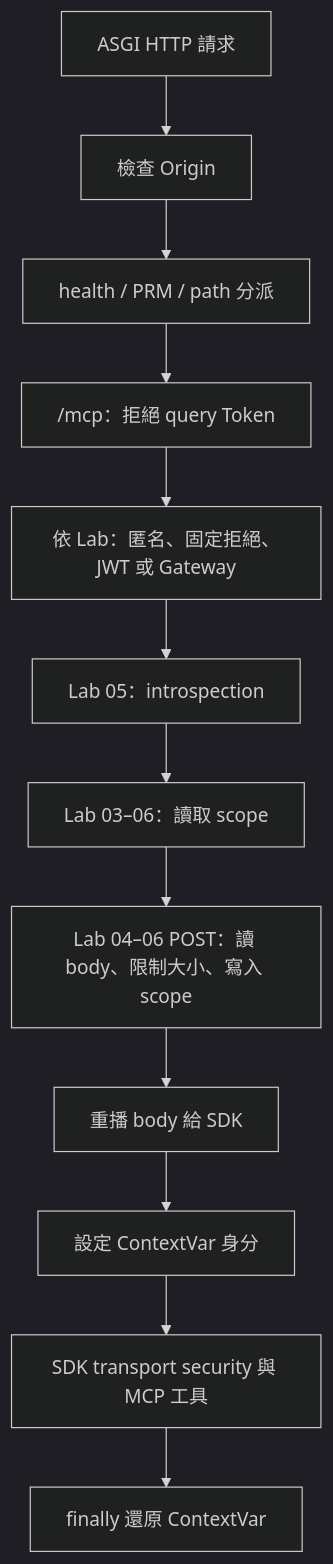
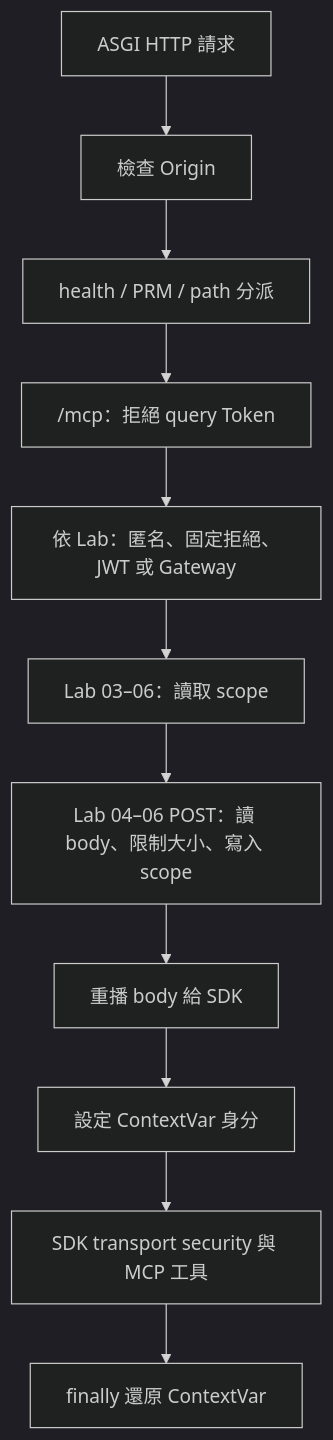
One commit to go-training/mcp-oauth2-workshop changed the second of 3 diagrams in python/README.md. Above: the diagram before and after it, drawn with Mermaid (dark theme). The commit also changed other lines of this file and 15 other files, not shown here.

````diff
--- a/python/README.md
+++ b/python/README.md
@@ -157,14 +154,13 @@
 ```mermaid
 flowchart TD
     Request[ASGI HTTP 請求] --> Origin[檢查 Origin]
     Origin --> Route[health / PRM / path 分派]
     Route --> MCP["/mcp：拒絕 query Token"]
     MCP --> Caller[依 Lab：匿名、固定拒絕、JWT 或 Gateway]
-    Caller --> Active[Lab 05：introspection]
-    Active --> Read[Lab 03–06：讀取 scope]
+    Caller --> Read[Lab 03–06：讀取 scope]
     Read --> Body[Lab 04–06 POST：讀 body、限制大小、寫入 scope]
     Body --> Replay[重播 body 給 SDK]
     Replay --> Context[設定 ContextVar 身分]
     Context --> SDK[SDK transport security 與 MCP 工具]
     SDK --> Reset[finally 還原 ContextVar]
 ```
````
